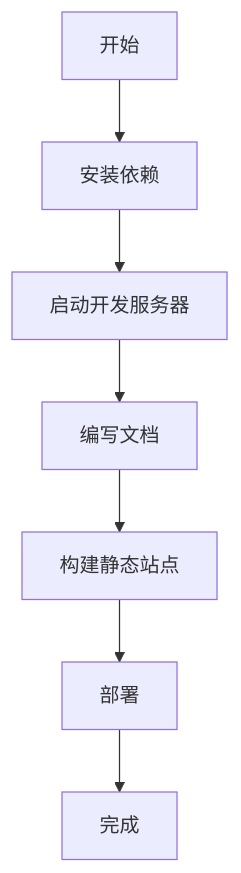
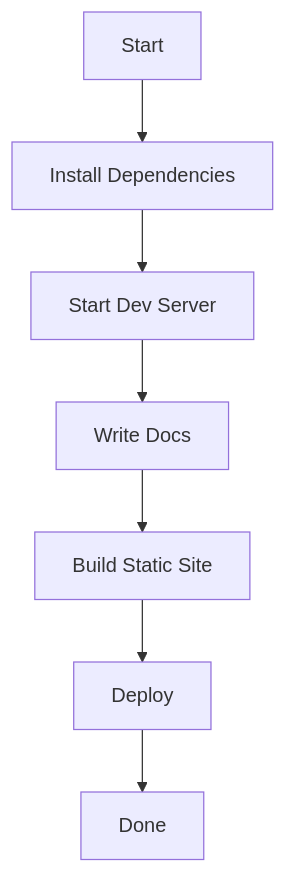
The first of 3 diagrams in packages/apps/docs-app/app/docs/getting-started.md (thonatos/project-v), drawn with Mermaid before and after one commit. The commit also changed other lines of this file and 2 other files, not shown here.

Commit message:
fix: resolve mermaid syntax errors and adjust header/footer padding
- Change mermaid diagram node labels from Chinese to English to avoid syntax errors
- Move padding from inner nav/div to outer header/footer for proper layout

````diff
--- a/packages/apps/docs-app/app/docs/getting-started.md
+++ b/packages/apps/docs-app/app/docs/getting-started.md
@@ -69,9 +69,9 @@
 ```mermaid
 graph TD
-    A[开始] --> B[安装依赖]
-    B --> C[启动开发服务器]
-    C --> D[编写文档]
-    D --> E[构建静态站点]
-    E --> F[部署]
-    F --> G[完成]
+    A[Start] --> B[Install Dependencies]
+    B --> C[Start Dev Server]
+    C --> D[Write Docs]
+    D --> E[Build Static Site]
+    E --> F[Deploy]
+    F --> G[Done]
 ```
````
